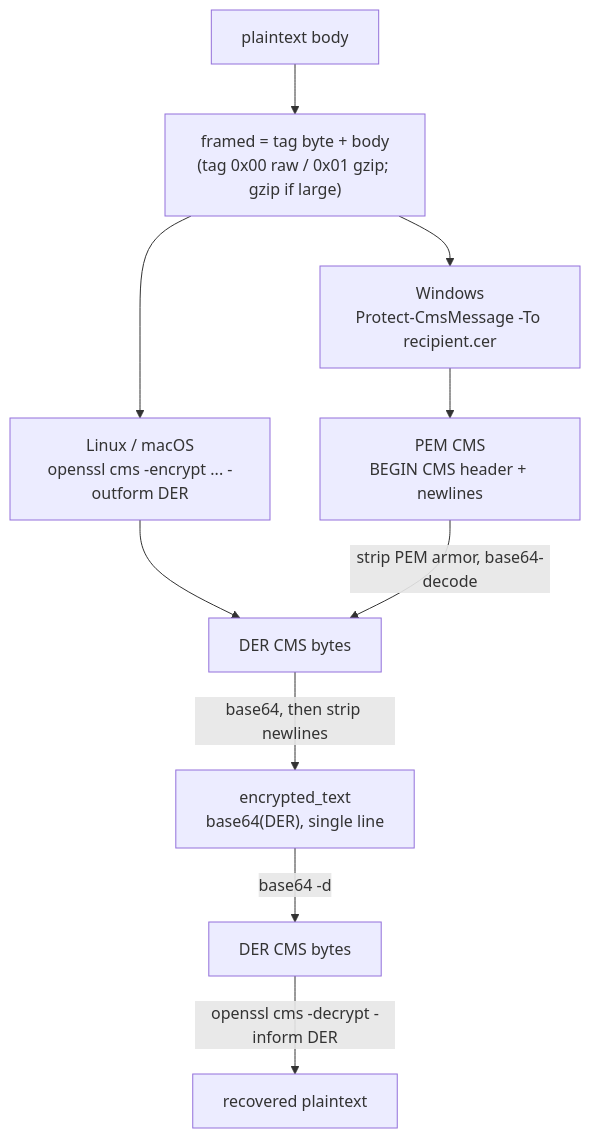
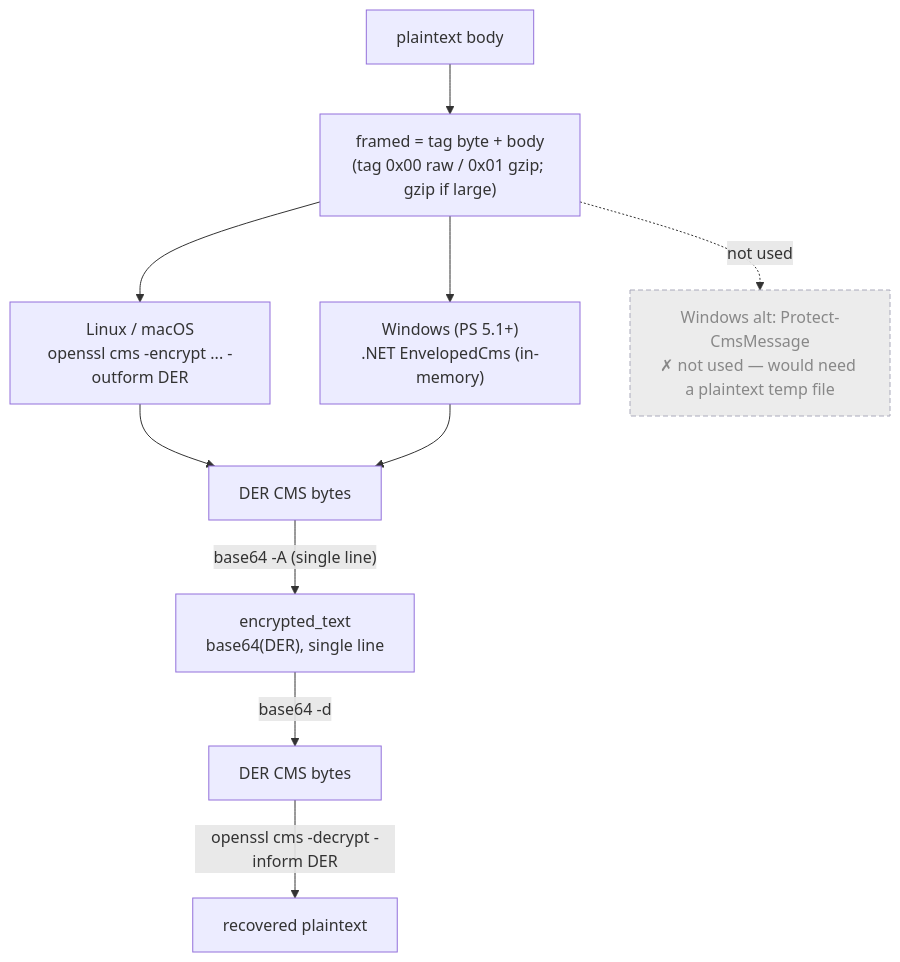
One commit to hainet50b/agent-observability-lab changed the third of 3 diagrams in sealing/README.md. Above: the diagram before and after it, drawn with Mermaid. The commit also changed other lines of this file and 2 other files, not shown here.

````diff
--- a/sealing/README.md
+++ b/sealing/README.md
@@ -94,13 +93,18 @@
 ```mermaid
 flowchart TD
   body["plaintext body"]
   body --> framed["framed = tag byte + body<br/>(tag 0x00 raw / 0x01 gzip; gzip if large)"]
   framed --> snix["Linux / macOS<br/>openssl cms -encrypt ... -outform DER"]
-  framed --> swin["Windows<br/>Protect-CmsMessage -To recipient.cer"]
+  framed --> swin["Windows (PS 5.1+)<br/>.NET EnvelopedCms (in-memory)"]
   snix --> der["DER CMS bytes"]
-  swin --> pemcms["PEM CMS<br/>BEGIN CMS header + newlines"]
-  pemcms -->|"strip PEM armor, base64-decode"| der
-  der -->|"base64, then strip newlines"| field["encrypted_text<br/>base64(DER), single line"]
+  swin --> der
+  der -->|"base64 -A (single line)"| field["encrypted_text<br/>base64(DER), single line"]
   field -->|"base64 -d"| der2["DER CMS bytes"]
   der2 -->|"openssl cms -decrypt -inform DER"| plain["recovered plaintext"]
+
+  swinX["Windows alt: Protect-CmsMessage<br/>✗ not used — would need a plaintext temp file"]
+  framed -.->|"not used"| swinX
+
+  classDef unused fill:#ececec,stroke:#aab,stroke-dasharray:5 3,color:#888;
+  class swinX unused
 ```
````
